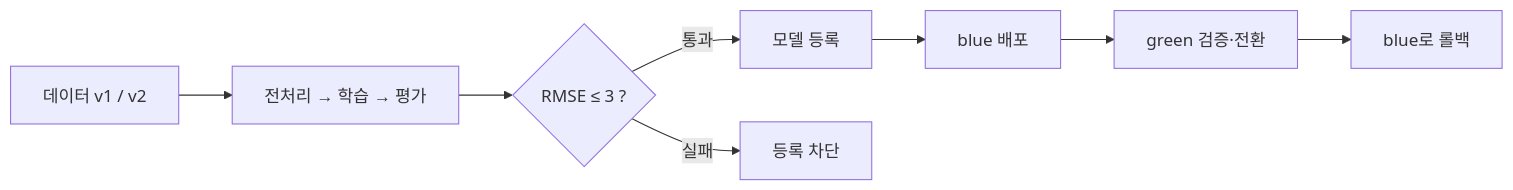
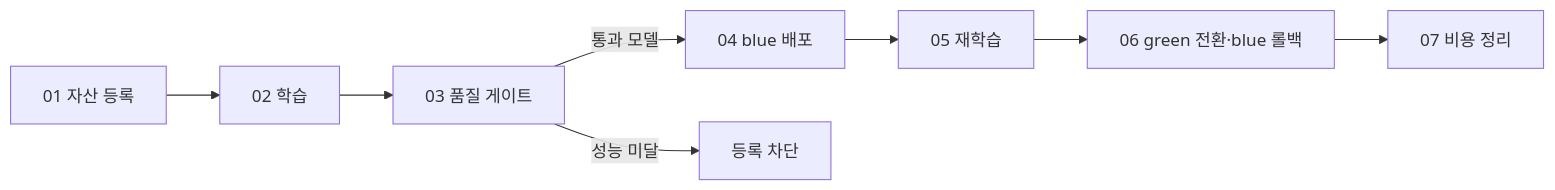
The diagram in README.md (junwoojeong100/azure-ml-labs), drawn with Mermaid before and after one commit. The commit also changed other lines of this file and 8 other files, not shown here.

````diff
--- a/README.md
+++ b/README.md
@@ -7,10 +15,10 @@
 ```mermaid
 flowchart LR
-    D["데이터 v1 / v2"] --> P["전처리 → 학습 → 평가"]
-    P --> G{"RMSE ≤ 3 ?"}
-    G -->|통과| M["모델 등록"]
-    G -->|실패| X["등록 차단"]
-    M --> B["blue 배포"]
-    B --> N["green 검증·전환"]
-    N --> R["blue로 롤백"]
+    A["01 자산 등록"] --> B["02 학습"]
+    B --> C["03 품질 게이트"]
+    C -->|통과 모델| D["04 blue 배포"]
+    C -->|성능 미달| X["등록 차단"]
+    D --> E["05 재학습"]
+    E --> F["06 green 전환·blue 롤백"]
+    F --> G["07 비용 정리"]
 ```
````
